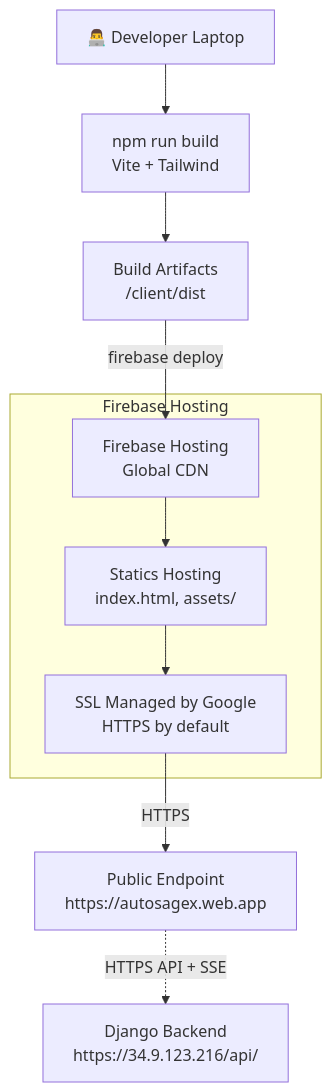
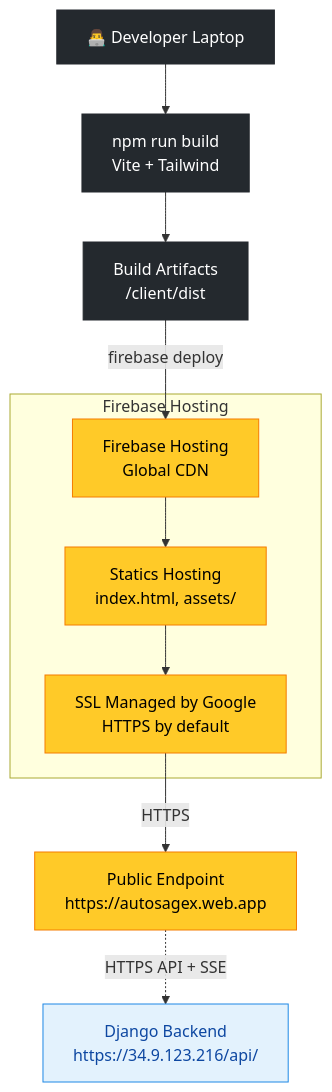
Before and after one commit to Lagnajit09/autosage: the first of 2 diagrams in architecture/client.architecture.md, drawn with Mermaid. The commit also changed other lines of this file and 3 other files, not shown here.

Commit message:
updt: architecture diagrams

````diff
--- a/architecture/client.architecture.md
+++ b/architecture/client.architecture.md
@@ -15,15 +15,19 @@
 ```mermaid
 flowchart TD
-    A[👨‍💻 Developer Laptop] --> B[npm run build\nVite + Tailwind]
-    B --> C[Build Artifacts\n/client/dist]
+    classDef github fill:#24292e,stroke:#24292e,color:#fff
+    classDef firebase fill:#ffca28,stroke:#f57c00,color:#000
+    classDef server fill:#e3f2fd,stroke:#1e88e5,color:#0d47a1
 
-    C -->|firebase deploy| D[Firebase Hosting\nGlobal CDN]
+    A[👨‍💻 Developer Laptop]:::github --> B[npm run build\nVite + Tailwind]:::github
+    B --> C[Build Artifacts\n/client/dist]:::github
+
+    C -->|firebase deploy| D[Firebase Hosting\nGlobal CDN]:::firebase
 
     subgraph Firebase [Firebase Hosting]
-        D --> E[Statics Hosting\nindex.html, assets/]
-        E --> F[SSL Managed by Google\nHTTPS by default]
+        D --> E[Statics Hosting\nindex.html, assets/]:::firebase
+        E --> F[SSL Managed by Google\nHTTPS by default]:::firebase
     end
 
-    F -->|HTTPS| G[Public Endpoint\nhttps://autosagex.web.app]
-    G -.->|HTTPS API + SSE| H[Django Backend\nhttps://34.9.123.216/api/]
+    F -->|HTTPS| G[Public Endpoint\nhttps://autosagex.web.app]:::firebase
+    G -.->|HTTPS API + SSE| H[Django Backend\nhttps://34.9.123.216/api/]:::server
 ```
````
